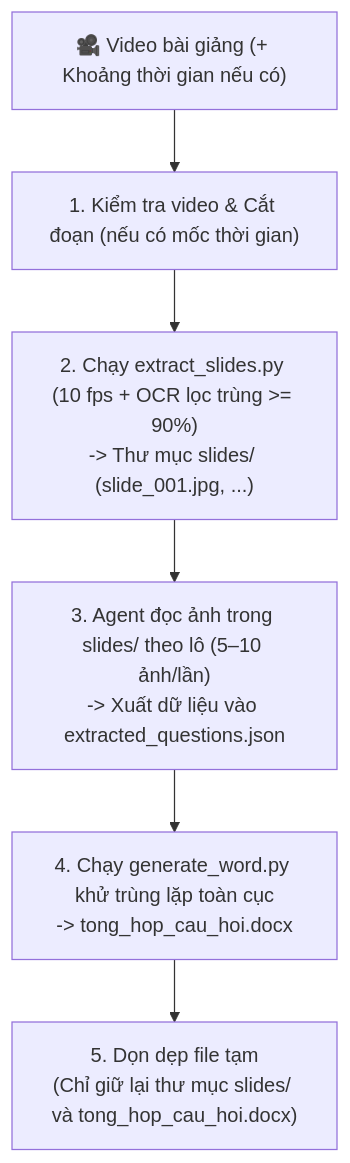
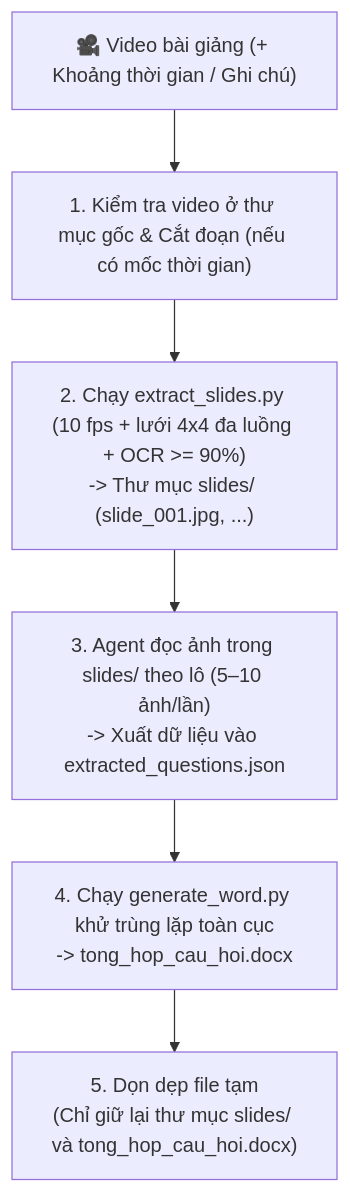
One commit to hoangphamphuc59/azotaFromVideo changed the diagram in README.md. Above: the diagram before and after it, drawn with Mermaid. The commit also changed other lines of this file and 4 other files, not shown here.

````diff
--- a/README.md
+++ b/README.md
@@ -63,8 +63,8 @@
 ```mermaid
 flowchart TD
-    A["🎥 Video bài giảng (+ Khoảng thời gian nếu có)"] --> B["1. Kiểm tra video & Cắt đoạn (nếu có mốc thời gian)"]
-    B --> C["2. Chạy extract_slides.py (10 fps + OCR lọc trùng >= 90%)<br>-> Thư mục slides/ (slide_001.jpg, ...)"]
+    A["🎥 Video bài giảng (+ Khoảng thời gian / Ghi chú)"] --> B["1. Kiểm tra video ở thư mục gốc & Cắt đoạn (nếu có mốc thời gian)"]
+    B --> C["2. Chạy extract_slides.py (10 fps + lưới 4x4 đa luồng + OCR >= 90%)<br>-> Thư mục slides/ (slide_001.jpg, ...)"]
     C --> D["3. Agent đọc ảnh trong slides/ theo lô (5–10 ảnh/lần)<br>-> Xuất dữ liệu vào extracted_questions.json"]
     D --> E["4. Chạy generate_word.py khử trùng lặp toàn cục<br>-> tong_hop_cau_hoi.docx"]
     E --> F["5. Dọn dẹp file tạm<br>(Chỉ giữ lại thư mục slides/ và tong_hop_cau_hoi.docx)"]
 ```
````
